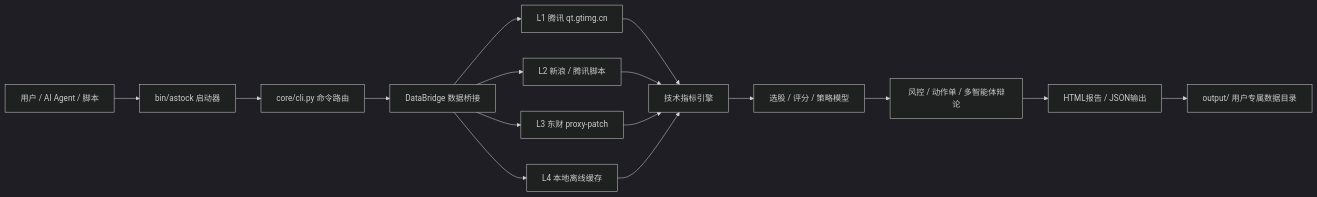
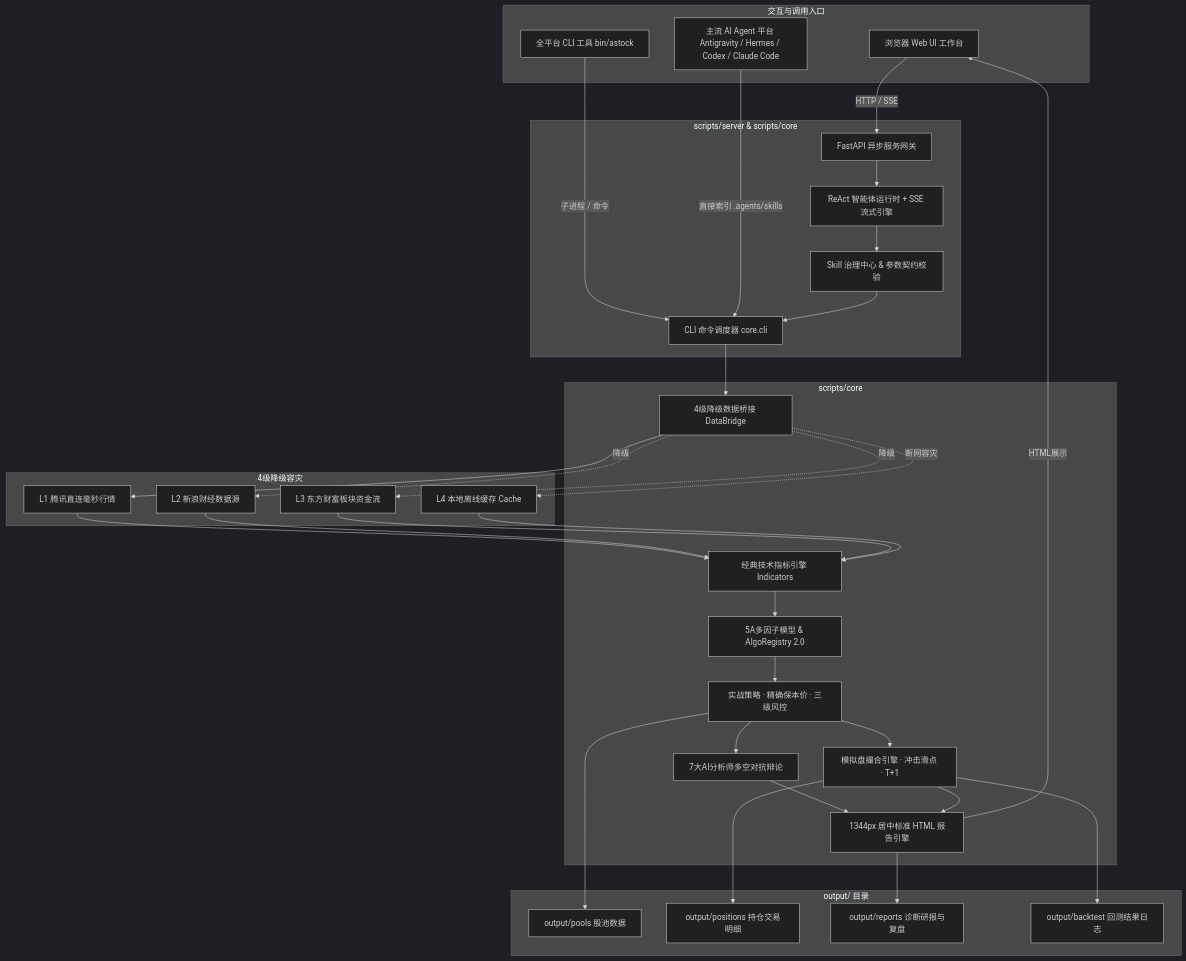
Before and after one commit to cvdnn/a_stock_agents: the third of 3 diagrams in docs/index.md, drawn with Mermaid (dark theme). The commit also changed other lines of this file and 1 other file, not shown here.

Commit message:
docs: update index.md and quickstart.md with latest architecture, Web UI, and CLI workflows

````diff
--- a/docs/index.md
+++ b/docs/index.md
@@ -223,15 +369,65 @@
 ```mermaid
-flowchart LR
-  A[用户 / AI Agent / 脚本] --> B[bin/astock 启动器]
-  B --> C[core/cli.py 命令路由]
-  C --> D[DataBridge 数据桥接]
-  D --> E1[L1 腾讯 qt.gtimg.cn]
-  D --> E2[L2 新浪 / 腾讯脚本]
-  D --> E3[L3 东财 proxy-patch]
-  D --> E4[L4 本地离线缓存]
-  E1 & E2 & E3 & E4 --> F[技术指标引擎]
-  F --> G[选股 / 评分 / 策略模型]
-  G --> H[风控 / 动作单 / 多智能体辩论]
-  H --> I[HTML报告 / JSON输出]
-  I --> J[output/ 用户专属数据目录]
+flowchart TD
+  subgraph 入口层 [交互与调用入口]
+    U1[浏览器 Web UI 工作台]
+    U2[全平台 CLI 工具 bin/astock]
+    U3[主流 AI Agent 平台 Antigravity / Hermes / Codex / Claude Code]
+  end
+
+  subgraph 服务与网关 [scripts/server & scripts/core]
+    S1[FastAPI 异步服务网关]
+    S2[ReAct 智能体运行时 + SSE 流式引擎]
+    S3[CLI 命令调度器 core.cli]
+    S4[Skill 治理中心 & 参数契约校验]
+  end
+
+  subgraph 核心量化引擎 [scripts/core]
+    D[4级降级数据桥接 DataBridge]
+    I[经典技术指标引擎 Indicators]
+    M[5A多因子模型 & AlgoRegistry 2.0]
+    ST[实战策略 · 精确保本价 · 三级风控]
+    MA[7大AI分析师多空对抗辩论]
+    PT[模拟盘撮合引擎 · 冲击滑点 · T+1]
+    R[1344px 居中标准 HTML 报告引擎]
+  end
+
+  subgraph 数据源层 [4级降级容灾]
+    L1[L1 腾讯直连毫秒行情]
+    L2[L2 新浪财经数据源]
+    L3[L3 东方财富板块资金流]
+    L4[L4 本地离线缓存 Cache]
+  end
+
+  subgraph 用户专属隔离区 [output/ 目录]
+    O1[output/pools 股池数据]
+    O2[output/positions 持仓交易明细]
+    O3[output/reports 诊断研报与复盘]
+    O4[output/backtest 回测结果日志]
+  end
+
+  U1 -->|HTTP / SSE| S1
+  S1 --> S2
+  S2 --> S4
+  U2 -->|子进程 / 命令| S3
+  U3 -->|直接索引 .agents/skills| S3
+  S4 --> S3
+
+  S3 --> D
+  D --> L1
+  D -.->|降级| L2
+  D -.->|降级| L3
+  D -.->|断网容灾| L4
+
+  L1 & L2 & L3 & L4 --> I
+  I --> M
+  M --> ST
+  ST --> MA
+  ST --> PT
+  MA & PT --> R
+
+  ST --> O1
+  PT --> O2
+  R --> O3
+  PT --> O4
+  R -->|HTML展示| U1
 ```
````
